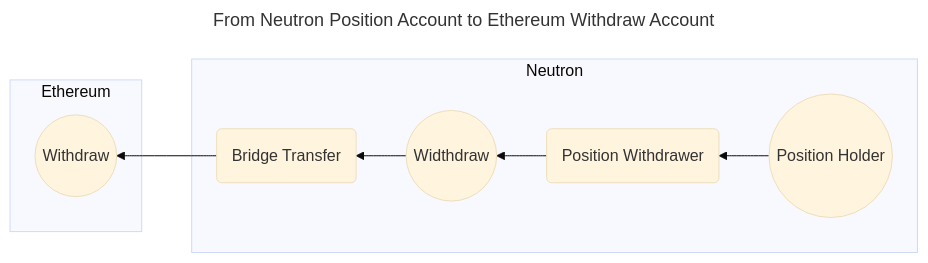
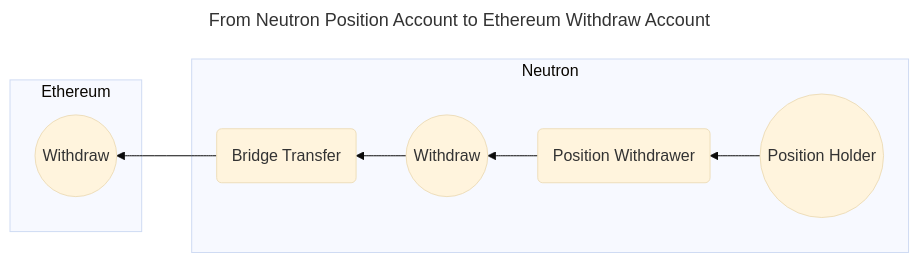
One commit to timewave-computer/valence-protocol changed the fifth of 6 diagrams in docs/src/examples/crosschain_vaults.md. Above: the diagram before and after it, drawn with Mermaid (base theme). The commit also changed other lines of this file, not shown here.

````diff
--- a/docs/src/examples/crosschain_vaults.md
+++ b/docs/src/examples/crosschain_vaults.md
@@ -199,18 +199,18 @@
 ```mermaid
 ---
 title: From Neutron Position Account to Ethereum Withdraw Account
 ---
 graph RL
 	subgraph Ethereum
 		EW((Withdraw))
 	end
 	subgraph Neutron
 		NPH((Position Holder))
-		NW((Widthdraw))
+		NW((Withdraw))
 		NT(Bridge Transfer)
 		NPW(Position Withdrawer)
 	end
 
 	NPH --> NPW --> NW --> NT --> EW
 
 ```
````
